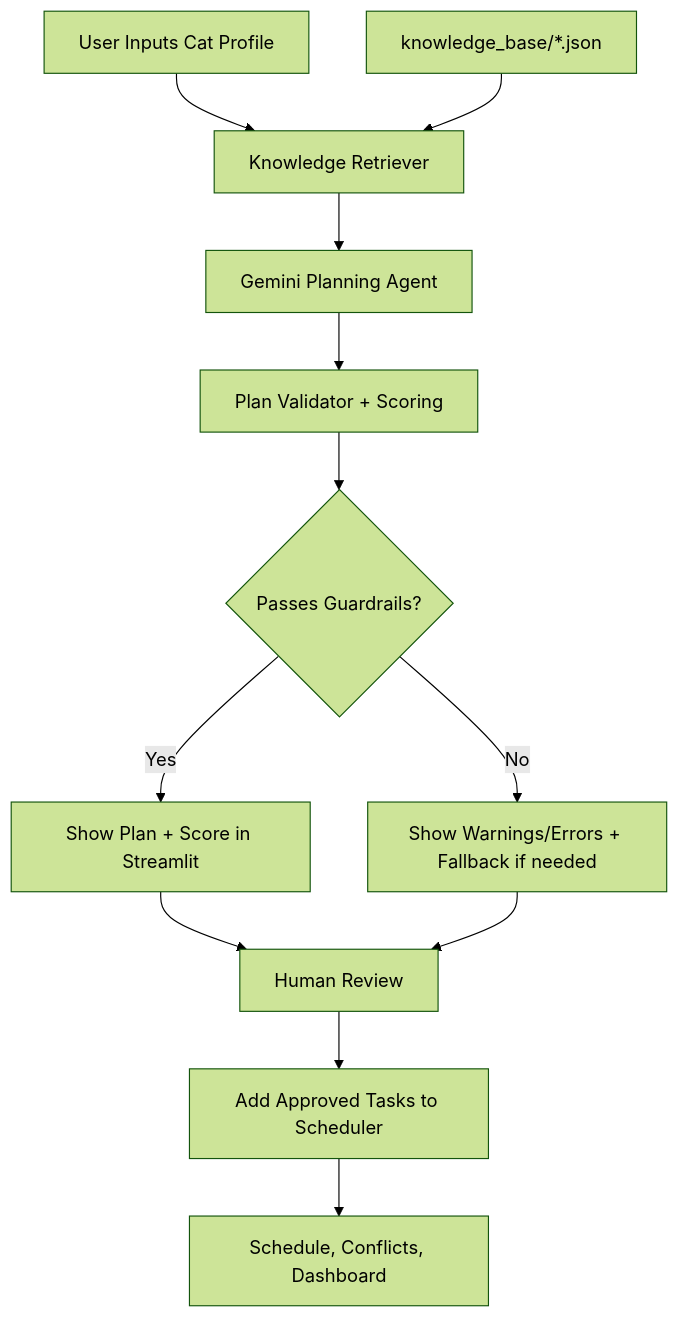
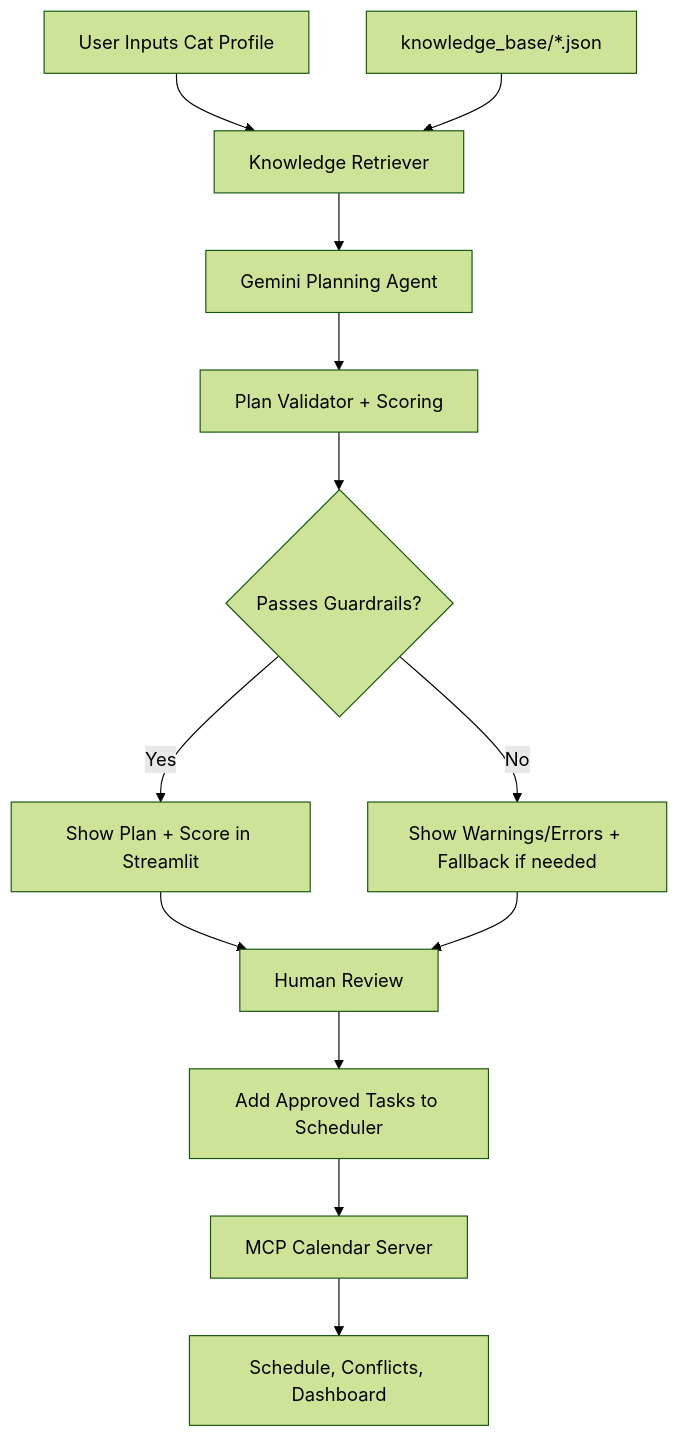
The diagram in README.md (PQ-XY/pawpal-ai), drawn with Mermaid (forest theme) before and after one commit. The commit also changed other lines of this file and 3 other files, not shown here.

Commit message:
Add MCP calendar server integration for scheduling approved tasks and update README

````diff
--- a/README.md
+++ b/README.md
@@ -93,14 +95,15 @@
 ```mermaid
 graph TD
     A[User Inputs Cat Profile] --> B[Knowledge Retriever]
     K[knowledge_base/*.json] --> B
     B --> C[Gemini Planning Agent]
     C --> D[Plan Validator + Scoring]
     D --> E{Passes Guardrails?}
     E -->|Yes| F[Show Plan + Score in Streamlit]
     E -->|No| G[Show Warnings/Errors + Fallback if needed]
     F --> H[Human Review]
     G --> H
     H --> I[Add Approved Tasks to Scheduler]
-    I --> J[Schedule, Conflicts, Dashboard]
+        I --> M[MCP Calendar Server]
+        M --> J[Schedule, Conflicts, Dashboard]
 ```
````
